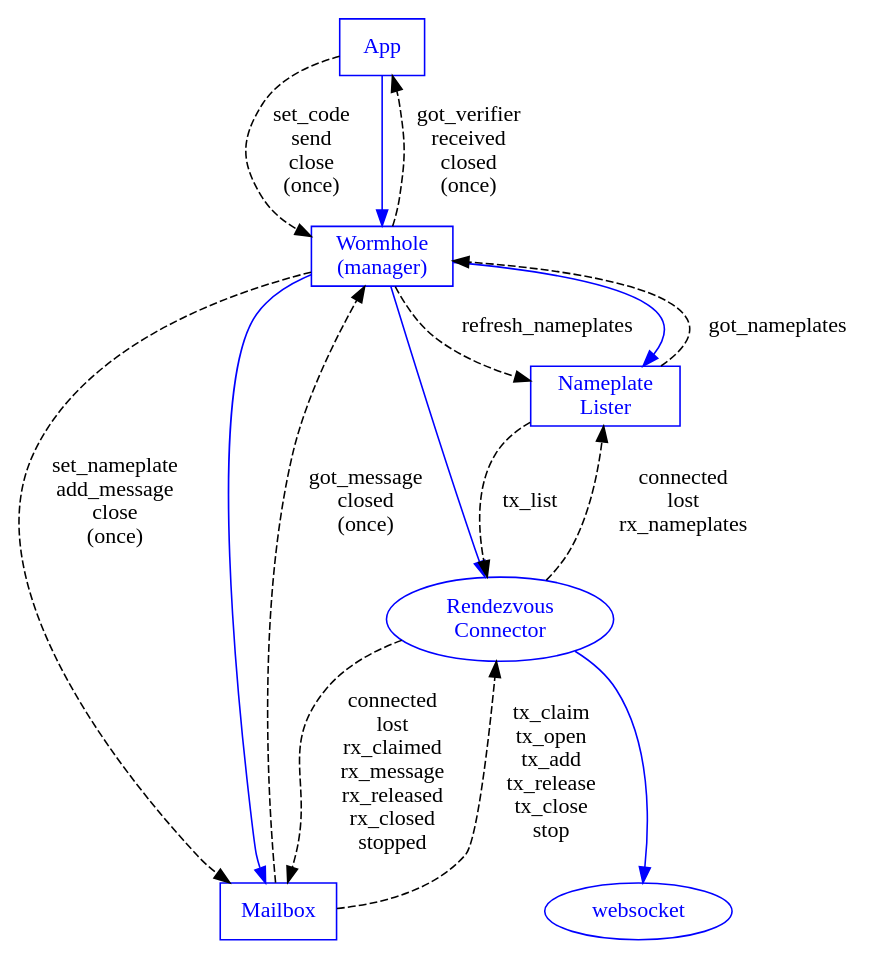
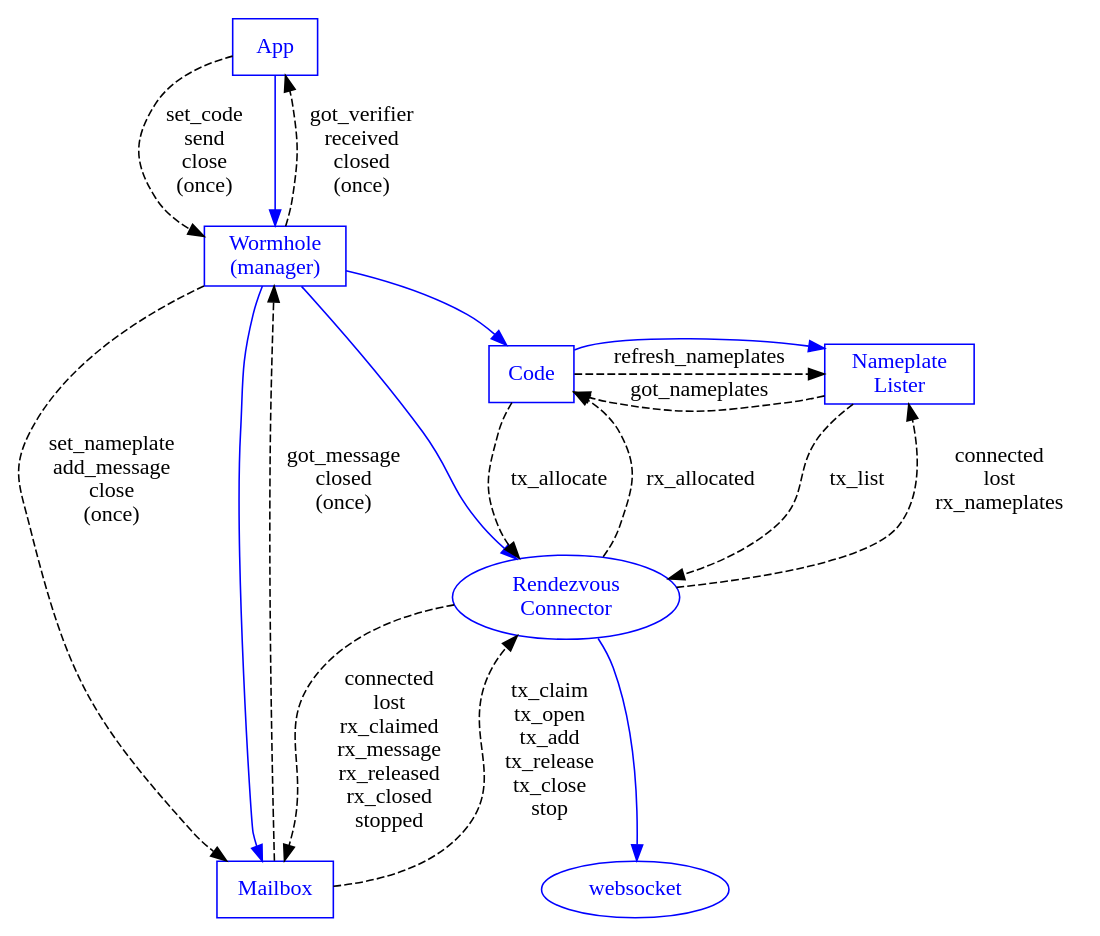
The diagram in docs/machines.dot (magic-wormhole/magic-wormhole), drawn with Graphviz before and after one commit. The commit also changed 1 other file, not shown here.

```diff
--- a/docs/machines.dot
+++ b/docs/machines.dot
@@ -1,51 +1,61 @@
 digraph {
         App [shape="box" color="blue" fontcolor="blue"]
         Wormhole [shape="box" label="Wormhole\n(manager)"
                   color="blue" fontcolor="blue"]
         Mailbox [shape="box" color="blue" fontcolor="blue"]
         Connection [label="Rendezvous\nConnector"
                     shape="oval" color="blue" fontcolor="blue"]
         websocket [shape="oval" color="blue" fontcolor="blue"]
+        Code [shape="box" label="Code" color="blue" fontcolor="blue"]
         Nameplates [shape="box" label="Nameplate\nLister"
                     color="blue" fontcolor="blue"
                     ]
+        {rank=same; Nameplates Code}
 
         Connection -> websocket [color="blue"]
 
         App -> Wormhole [style="dashed" label="set_code\nsend\nclose\n(once)"]
         App -> Wormhole [color="blue"]
         Wormhole -> App [style="dashed" label="got_verifier\nreceived\nclosed\n(once)"]
 
         Wormhole -> Connection [color="blue"]
 
         Wormhole -> Mailbox [style="dashed"
                              label="set_nameplate\nadd_message\nclose\n(once)"
                              ]
         Wormhole -> Mailbox [color="blue"]
         Mailbox -> Wormhole [style="dashed"
                              label="got_message\nclosed\n(once)"
                              ]
 
         Mailbox -> Connection [style="dashed"
                                label="tx_claim\ntx_open\ntx_add\ntx_release\ntx_close\nstop"
                                ]
         Connection -> Mailbox [style="dashed"
                                label="connected\nlost\nrx_claimed\nrx_message\nrx_released\nrx_closed\nstopped"]
 
-        Wormhole -> Nameplates [style="dashed"
-                                label="refresh_nameplates"
-                                ]
-        Wormhole -> Nameplates [color="blue"]
-        Nameplates -> Wormhole [style="dashed"
-                                label="got_nameplates"
-                                ]
         Connection -> Nameplates [style="dashed"
                                   label="connected\nlost\nrx_nameplates"
                                   ]
         Nameplates -> Connection [style="dashed"
                                   label="tx_list"
                                   ]
 
+        Wormhole -> Code [color="blue"]
+        Code -> Connection [style="dashed"
+                            label="tx_allocate"
+                            ]
+        Connection -> Code [style="dashed"
+                            label="rx_allocated"]
+        Nameplates -> Code [style="dashed"
+                            label="got_nameplates"
+                            ]
+        Code -> Nameplates [color="blue"]
+        Code -> Nameplates [style="dashed"
+                            label="refresh_nameplates"
+                            ]
+        
+        
 
 
 }
```
